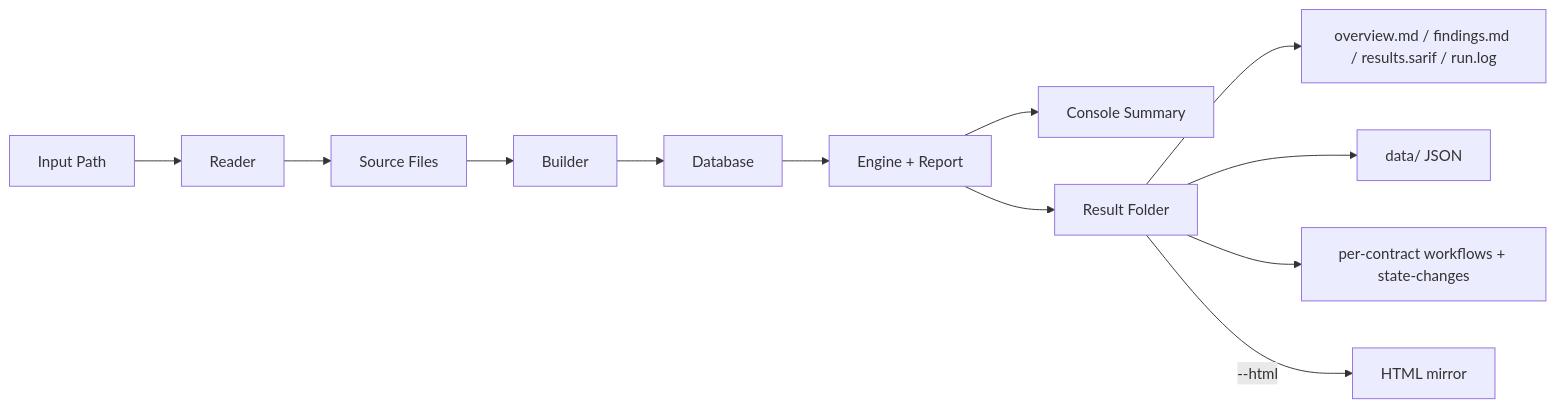
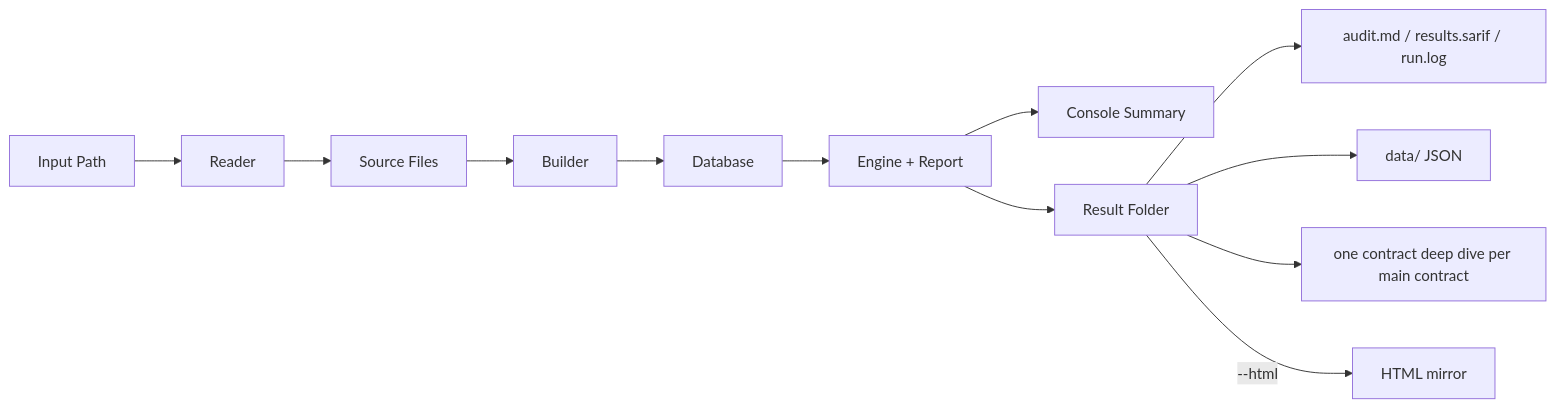
The sixth of 8 diagrams in docs/workflows.md (th13vn/w3goaudit), drawn with Mermaid before and after one commit. The commit also changed other lines of this file and 13 other files, not shown here.

````diff
--- a/docs/workflows.md
+++ b/docs/workflows.md
@@ -449,14 +443,14 @@
 ```mermaid
 graph LR
     A[Input Path] --> B[Reader]
     B --> C[Source Files]
     C --> D[Builder]
     D --> E[Database]
     E --> F[Engine + Report]
     F --> G[Console Summary]
     F --> H[Result Folder]
-    H --> I[overview.md / findings.md / results.sarif / run.log]
+    H --> I[audit.md / results.sarif / run.log]
     H --> J[data/ JSON]
-    H --> K[per-contract workflows + state-changes]
+    H --> K[one contract deep dive per main contract]
     H -->|--html| L[HTML mirror]
 ```
````
